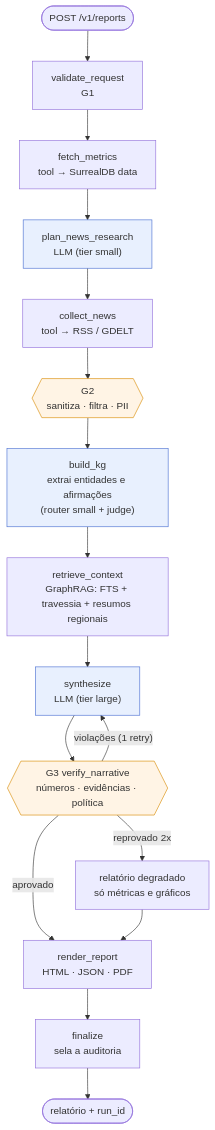
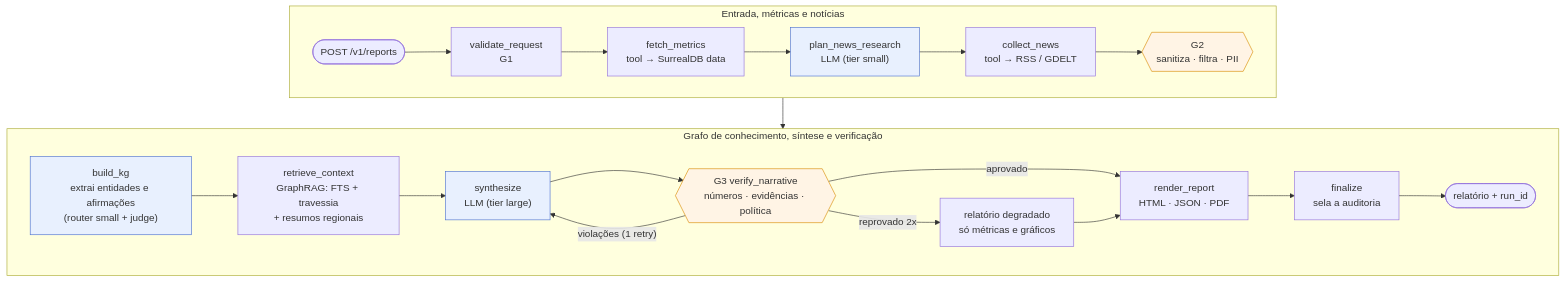
Before and after one commit to miyake-san/srag-sentinel: the second of 6 diagrams in docs/architecture/architecture.md, drawn with Mermaid. The commit also changed 3 other files, not shown here.

First line of the commit message:
fix(docs): make the architecture PDF show its labels, in dark text, with readable layouts

````diff
--- a/docs/architecture/architecture.md
+++ b/docs/architecture/architecture.md
@@ -80,23 +80,29 @@
 ```mermaid
 flowchart TB
-    start(["POST /v1/reports"]) --> n1["validate_request<br/>G1"]
-    n1 --> n2["fetch_metrics<br/>tool → SurrealDB data"]
-    n2 --> n3["plan_news_research<br/>LLM (tier small)"]
-    n3 --> n4["collect_news<br/>tool → RSS / GDELT"]
-    n4 --> g2{{"G2<br/>sanitiza · filtra · PII"}}
-    g2 --> n5["build_kg<br/>extrai entidades e afirmações<br/>(router small + judge)"]
-    n5 --> n6["retrieve_context<br/>GraphRAG: FTS + travessia + resumos regionais"]
-    n6 --> n7["synthesize<br/>LLM (tier large)"]
-    n7 --> g3{{"G3 verify_narrative<br/>números · evidências · política"}}
-    g3 -- "violações (1 retry)" --> n7
-    g3 -- "aprovado" --> n8["render_report<br/>HTML · JSON · PDF"]
-    g3 -- "reprovado 2x" --> deg["relatório degradado<br/>só métricas e gráficos"]
-    deg --> n8
-    n8 --> n9["finalize<br/>sela a auditoria"]
-    n9 --> fim(["relatório + run_id"])
+    subgraph linha1["Entrada, métricas e notícias"]
+        direction LR
+        start(["POST /v1/reports"]) --> n1["validate_request<br/>G1"]
+        n1 --> n2["fetch_metrics<br/>tool → SurrealDB data"]
+        n2 --> n3["plan_news_research<br/>LLM (tier small)"]
+        n3 --> n4["collect_news<br/>tool → RSS / GDELT"]
+        n4 --> g2{{"G2<br/>sanitiza · filtra · PII"}}
+    end
+    subgraph linha2["Grafo de conhecimento, síntese e verificação"]
+        direction LR
+        n5["build_kg<br/>extrai entidades e afirmações<br/>(router small + judge)"] --> n6["retrieve_context<br/>GraphRAG: FTS + travessia<br/>+ resumos regionais"]
+        n6 --> n7["synthesize<br/>LLM (tier large)"]
+        n7 --> g3{{"G3 verify_narrative<br/>números · evidências · política"}}
+        g3 -- "violações (1 retry)" --> n7
+        g3 -- "aprovado" --> n8["render_report<br/>HTML · JSON · PDF"]
+        g3 -- "reprovado 2x" --> deg["relatório degradado<br/>só métricas e gráficos"]
+        deg --> n8
+        n8 --> n9["finalize<br/>sela a auditoria"]
+        n9 --> fim(["relatório + run_id"])
+    end
+    linha1 --> linha2
 
     classDef llm fill:#e8f0fe,stroke:#4a6fd1;
     classDef guard fill:#fff4e5,stroke:#d98a00;
     class n3,n5,n7 llm;
     class g2,g3 guard;
 ```
````
